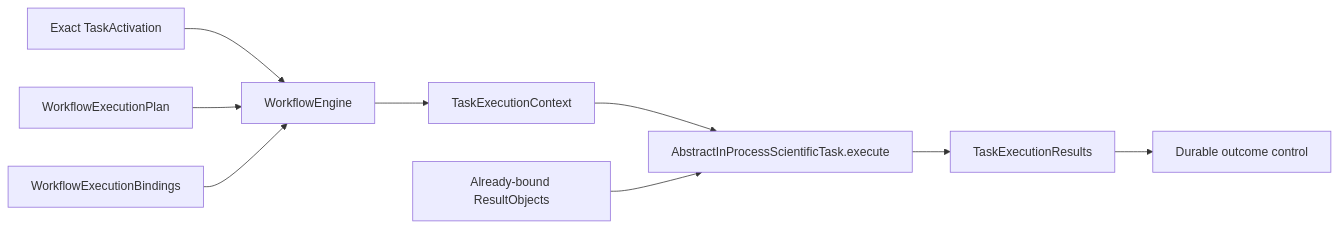
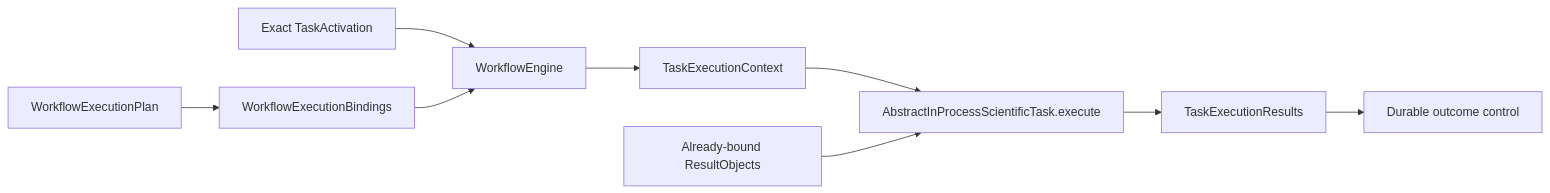
One commit to eragasa/ksdft2effmass changed the diagram in docs/architecture/v2/ksdft2effmass/workflows/AbstractInProcessScientificTask/schematic.md. Above: the diagram before and after it, drawn with Mermaid. The commit also changed other lines of this file and 8 other files, not shown here.

Commit message:
docs(architecture): resolve nominal ABC review findings

````diff
--- a/docs/architecture/v2/ksdft2effmass/workflows/AbstractInProcessScientificTask/schematic.md
+++ b/docs/architecture/v2/ksdft2effmass/workflows/AbstractInProcessScientificTask/schematic.md
@@ -3,11 +3,11 @@
 ```mermaid
 flowchart LR
     activation[Exact TaskActivation] --> engine[WorkflowEngine]
-    plan[WorkflowExecutionPlan] --> engine
-    bindings[WorkflowExecutionBindings] --> engine
+    plan[WorkflowExecutionPlan] --> bindings[WorkflowExecutionBindings]
+    bindings --> engine
     engine --> context[TaskExecutionContext]
     context --> task[AbstractInProcessScientificTask.execute]
     inputs[Already-bound ResultObjects] --> task
     task --> results[TaskExecutionResults]
     results --> control[Durable outcome control]
 ```
````
